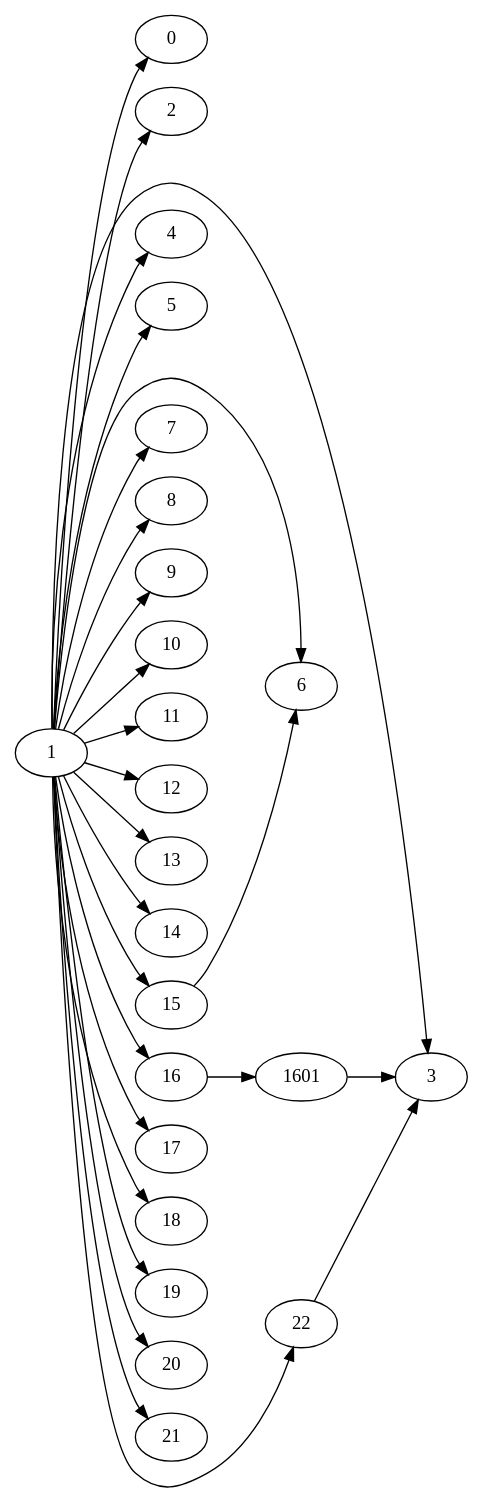
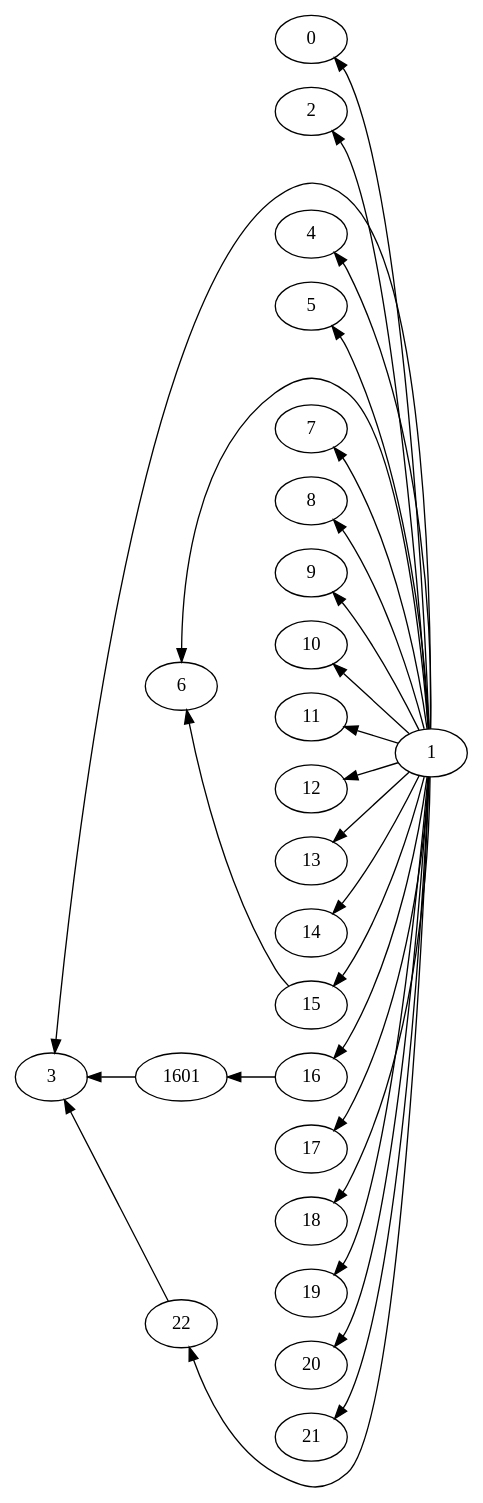
The diagram in grafici/classesuftesiRidotto-dot2tex-fig1.dot (trim1962/dipModtex), drawn with Graphviz before and after one commit. The commit also changed 139 other files, not shown here.

```diff
--- a/grafici/classesuftesiRidotto-dot2tex-fig1.dot
+++ b/grafici/classesuftesiRidotto-dot2tex-fig1.dot
@@ -1,57 +1,56 @@
+
  digraph G{
-rankdir="LR";
 
-  0[style="main2 node",texlbl="book.cls"]
+  rankdir="RL";
+
+    0 [style="main2 node",texlbl="book.cls"]
   1 [style="main node",texlbl="suftesi"]
-
   2 [style="complesso node",texlbl="geometry"]
-
-
-  3 [style="main2 node",texlbl="xkeyval"]
+    3 [style="main2 node",texlbl="xkeyval"]
   4 [style="main2 node",texlbl="enumitem"]
   5 [style="complesso node",texlbl="caption"]
   6 [style="complesso node",texlbl="color"]
   7 [style="main2 node",texlbl="multicol"]
   8 [style="main2 node",texlbl="emptypage"]
   9 [style="main2 node",texlbl="textcase"]
   10 [style="main2 node",texlbl="ifxetex"]
   11 [style="complesso node",texlbl="microtype"]
   12 [style="main2 node",texlbl="cclicenses"]
   13 [style="main2 node",texlbl="fontenc"]
   14 [style="main2 node",texlbl="sostitutefont"]
     15 [style="complesso node",texlbl="crop"]
    16   [style="main2 node",texlbl="titlesec"]
 1601[style="cfg node",texlbl="ttlkey.cfg"]
 17   [style="main2 node",texlbl="extramarks"]
 18   [style="main2 node",texlbl="fancyhdr"]
 19  [style="main2 node",texlbl="titletoc"]
 20  [style="main2 node",texlbl="fixltxhyph"]
 21  [style="main2 node",texlbl="mathpazo"]
 22  [style="main2 node",texlbl="beramono"]
     1->0
 1->2
   1->3
   1->4
   1->5
   1->6
    1->7
  1->8
  1->9
  1->10
  1->11
  1->12
  1->13
  1->14
  1->15
  15->6
  1->16
  16->1601
  1601->3
  1->17
  1->18
  1->19
  1->20
  1->21
   1->22
   22->3
   }
```
